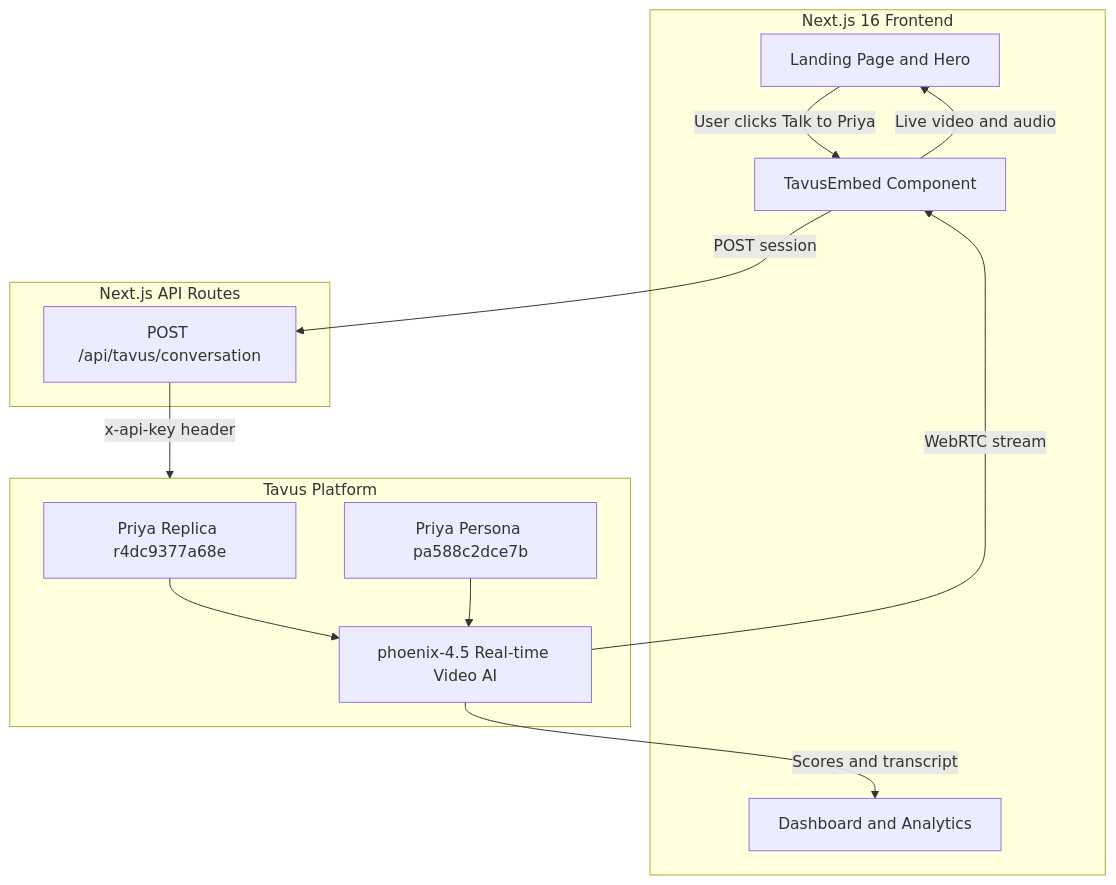
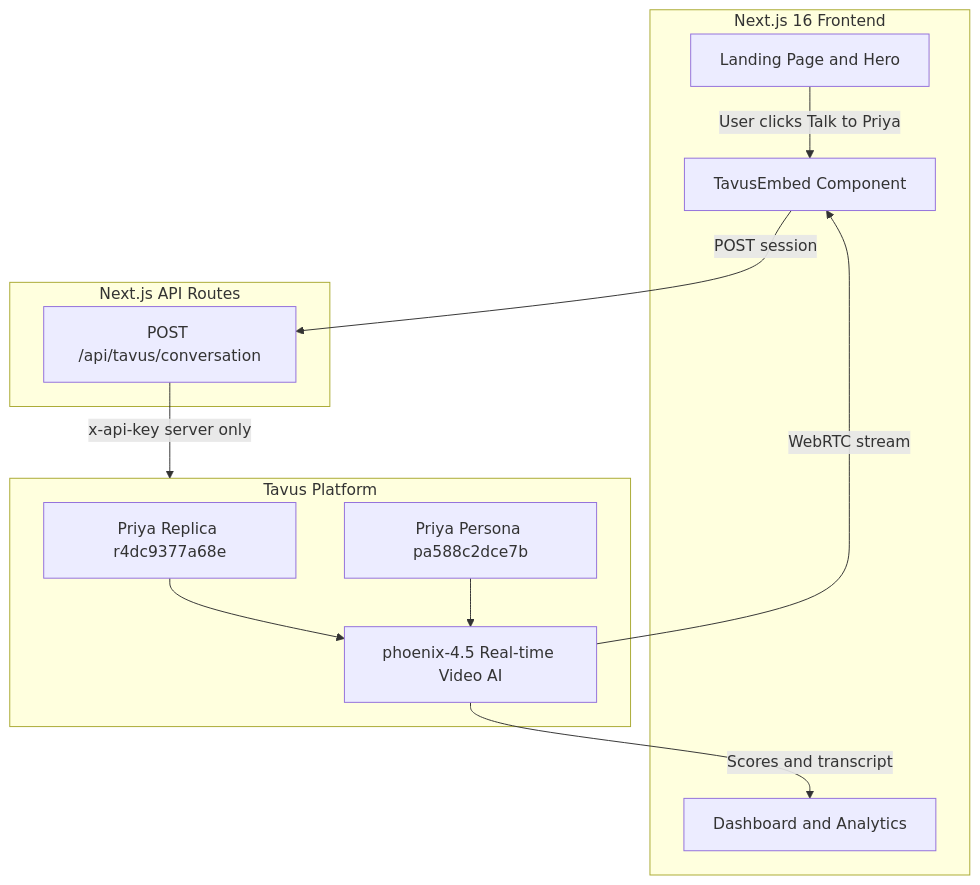
Before and after one commit to SurinderTech/interview-ai: the first of 5 diagrams in README.md, drawn with Mermaid. The commit also changed other lines of this file and 2 other files, not shown here.

````diff
--- a/README.md
+++ b/README.md
@@ -115,27 +144,26 @@
 ```mermaid
 graph TB
     subgraph Client["Next.js 16 Frontend"]
         LP["Landing Page and Hero"]
         DASH["Dashboard and Analytics"]
         EMB["TavusEmbed Component"]
     end
 
     subgraph API["Next.js API Routes"]
         CONV["POST /api/tavus/conversation"]
     end
 
     subgraph Tavus["Tavus Platform"]
         REP["Priya Replica r4dc9377a68e"]
         PER["Priya Persona pa588c2dce7b"]
         PHX["phoenix-4.5 Real-time Video AI"]
     end
 
     LP -->|"User clicks Talk to Priya"| EMB
     EMB -->|"POST session"| CONV
-    CONV -->|"x-api-key header"| Tavus
+    CONV -->|"x-api-key server only"| Tavus
     REP --> PHX
     PER --> PHX
     PHX -->|"WebRTC stream"| EMB
-    EMB -->|"Live video and audio"| LP
     PHX -->|"Scores and transcript"| DASH
 ```
````
